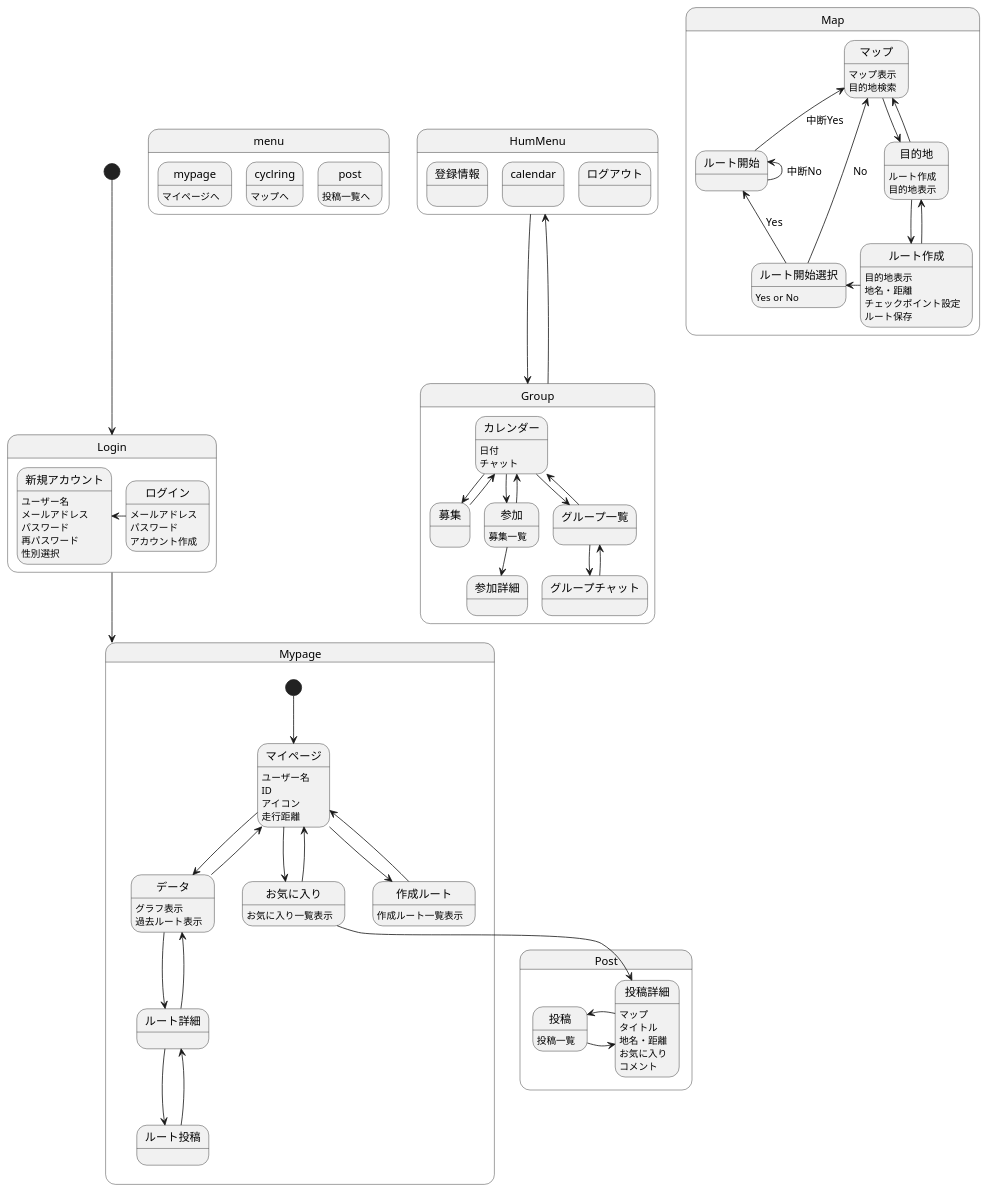
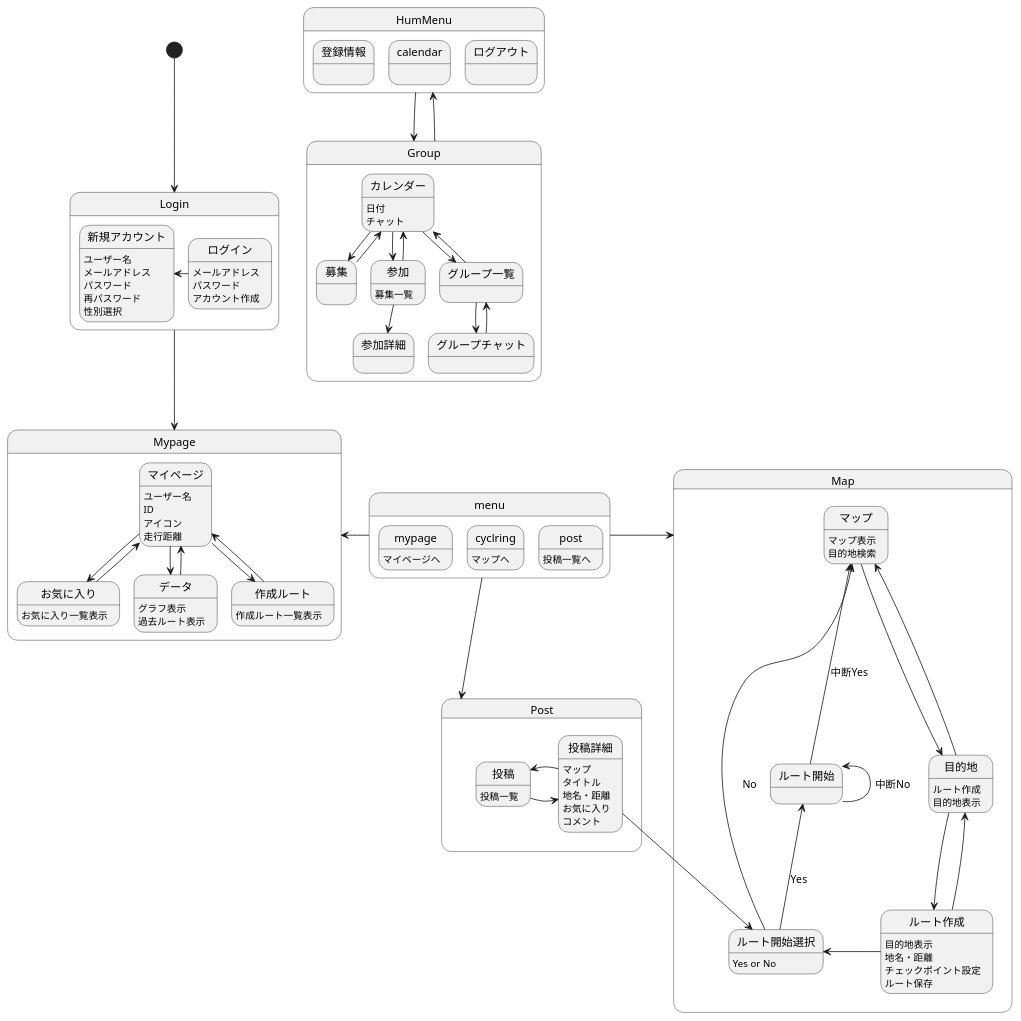
One commit to AsoSD3A3/CyclingSystem changed the diagram in 画面遷移図/gm.md. Above: the diagram before and after it, drawn with PlantUML.

````diff
--- a/画面遷移図/gm.md
+++ b/画面遷移図/gm.md
@@ -32,12 +32,18 @@
 参加-->参加詳細
 }
 
+menu-left->Mypage
+menu-right->Map
+menu-down->Post
+
 [*]-down->Login
 state Login{
 ログイン:メールアドレス
 ログイン:パスワード
 ログイン:アカウント作成
+
 ログイン-left->新規アカウント
+
 新規アカウント:ユーザー名
 新規アカウント:メールアドレス
 新規アカウント:パスワード
@@ -48,7 +54,6 @@
 Login-down->Mypage
 
 state Mypage{
-[*]-down->マイページ
 マイページ:ユーザー名
 マイページ:ID
 マイページ:アイコン
@@ -57,31 +62,14 @@
 お気に入り-->マイページ
 マイページ-down->データ
 データ-->マイページ
-データ-down->ルート詳細
-ルート詳細-->データ
-ルート詳細-down->ルート投稿
-ルート投稿-->ルート詳細
 マイページ-down->作成ルート
 作成ルート-->マイページ
+
 お気に入り:お気に入り一覧表示
 データ:グラフ表示
 データ:過去ルート表示
 作成ルート:作成ルート一覧表示
-
 }
-
-state Post{
-
-投稿:投稿一覧
-投稿-right->投稿詳細
-投稿詳細-left->投稿
-投稿詳細:マップ
-投稿詳細:タイトル
-投稿詳細:地名・距離
-投稿詳細:お気に入り
-投稿詳細:コメント
-}
-お気に入り-down->投稿詳細
 
 state Map{
 
@@ -105,5 +93,19 @@
 ルート開始-up->マップ :中断Yes
 }
 
+
+state Post{
+
+投稿:投稿一覧
+投稿-right->投稿詳細
+投稿詳細-left->投稿
+投稿詳細:マップ
+投稿詳細:タイトル
+投稿詳細:地名・距離
+投稿詳細:お気に入り
+投稿詳細:コメント
+投稿詳細-right->ルート開始選択
+}
+
 @enduml
 ```
````
